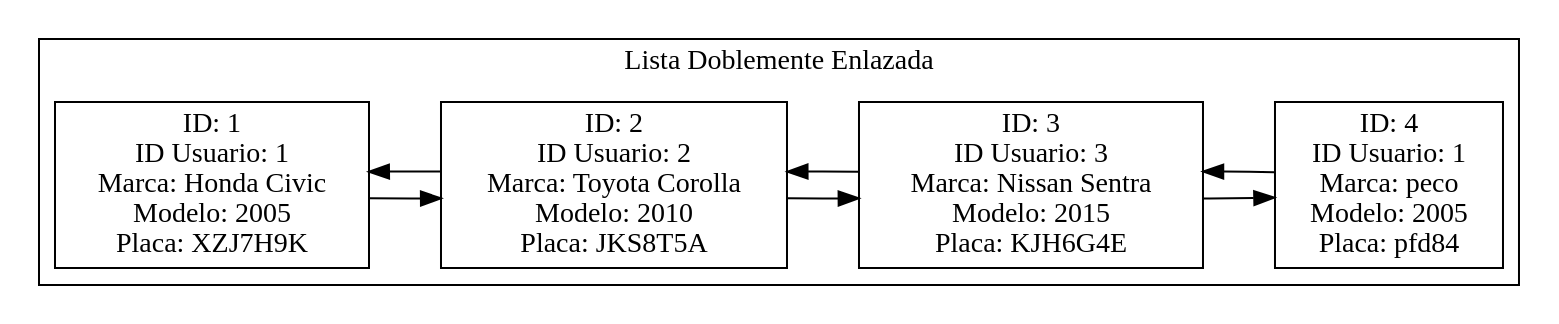
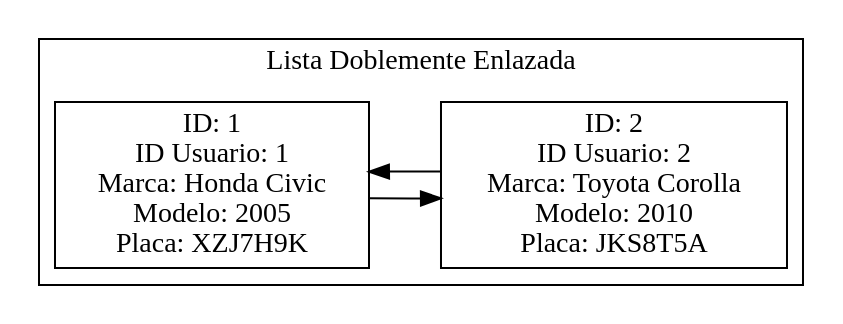
One commit to Farot30/-EDD-1S2025_202307820 changed the diagram in Fase#2/Reportes/ListaAutosDoble.dot. Above: the diagram before and after it, drawn with Graphviz. The commit also changed 25 other files, not shown here.

```diff
--- a/Fase#2/Reportes/ListaAutosDoble.dot
+++ b/Fase#2/Reportes/ListaAutosDoble.dot
@@ -1,17 +1,11 @@
 digraph G {
 rankdir=LR;
 node [shape=record];
 subgraph cluster_ListaDobleEnlazada {
 label = "Lista Doblemente Enlazada";
 "1" [label="ID: 1\nID Usuario: 1\nMarca: Honda Civic\nModelo: 2005\nPlaca: XZJ7H9K"];
 "1" -> "2";
 "2" -> "1";
 "2" [label="ID: 2\nID Usuario: 2\nMarca: Toyota Corolla\nModelo: 2010\nPlaca: JKS8T5A"];
-"2" -> "3";
-"3" -> "2";
-"3" [label="ID: 3\nID Usuario: 3\nMarca: Nissan Sentra\nModelo: 2015\nPlaca: KJH6G4E"];
-"3" -> "4";
-"4" -> "3";
-"4" [label="ID: 4\nID Usuario: 1\nMarca: peco\nModelo: 2005\nPlaca: pfd84"];
 }
 }
```
